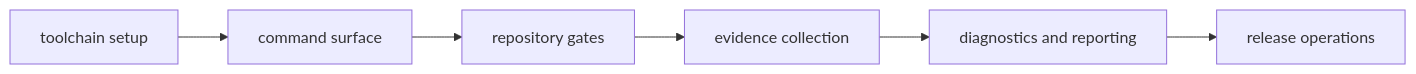
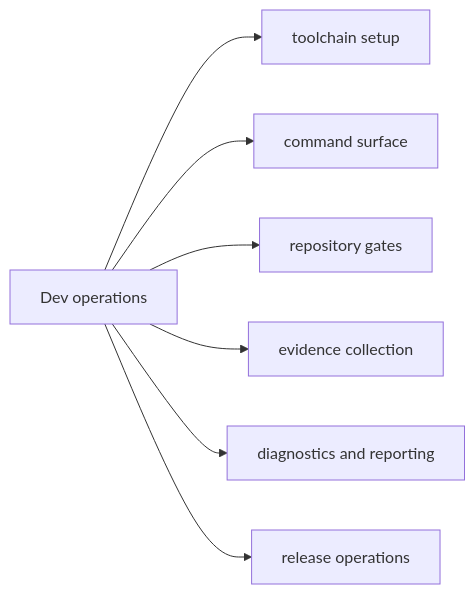
One commit to bijux/bijux-cli changed the diagram in docs/bijux-dev/operations/index.md. Above: the diagram before and after it, drawn with Mermaid. The commit also changed other lines of this file, not shown here.

Commit message:
docs(dev-operations): simplify the maintainer operations entry

````diff
--- a/docs/bijux-dev/operations/index.md
+++ b/docs/bijux-dev/operations/index.md
@@ -21,8 +21,9 @@
 ```mermaid
 flowchart LR
-    setup[toolchain setup] --> commands[command surface]
-    commands --> gates[repository gates]
-    gates --> evidence[evidence collection]
-    evidence --> diagnostics[diagnostics and reporting]
-    diagnostics --> release[release operations]
+    operations["Dev operations"] --> setup["toolchain setup"]
+    operations --> commands["command surface"]
+    operations --> gates["repository gates"]
+    operations --> evidence["evidence collection"]
+    operations --> diagnostics["diagnostics and reporting"]
+    operations --> release["release operations"]
 ```
````
